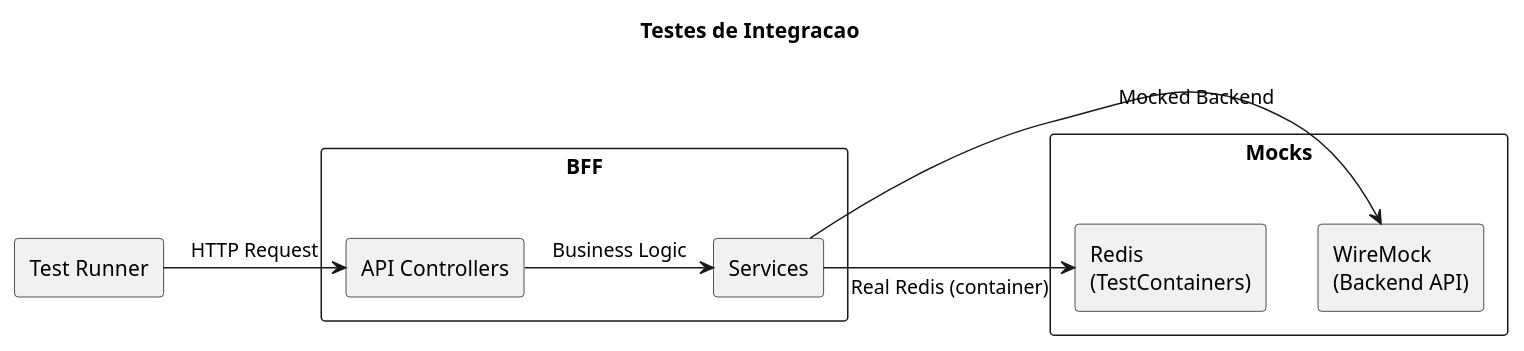
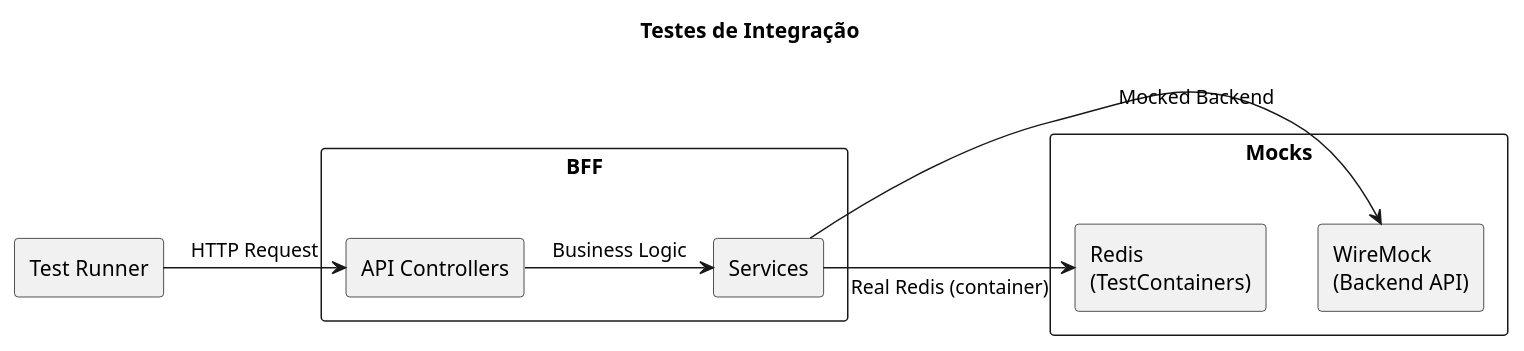
One commit to beduardo/novobanco_website_doc changed the second of 4 diagrams in current/definitions/DEF-13-estrategia-testes.md. Above: the diagram before and after it, drawn with PlantUML. The commit also changed other lines of this file and 182 other files, not shown here.

````diff
--- a/current/definitions/DEF-13-estrategia-testes.md
+++ b/current/definitions/DEF-13-estrategia-testes.md
@@ -192,25 +192,25 @@
 ```plantuml
 @startuml
 skinparam backgroundColor white
 
-title Testes de Integracao
+title Testes de Integração
 
 rectangle "BFF" as bff {
     rectangle "API Controllers" as api
     rectangle "Services" as svc
 }
 
 rectangle "Mocks" as mocks {
     rectangle "WireMock\n(Backend API)" as wire
     rectangle "Redis\n(TestContainers)" as redis
 }
 
 rectangle "Test Runner" as runner
 
 runner -> api : HTTP Request
 api -> svc : Business Logic
 svc -> wire : Mocked Backend
 svc -> redis : Real Redis (container)
 
 @enduml
 ```
````
